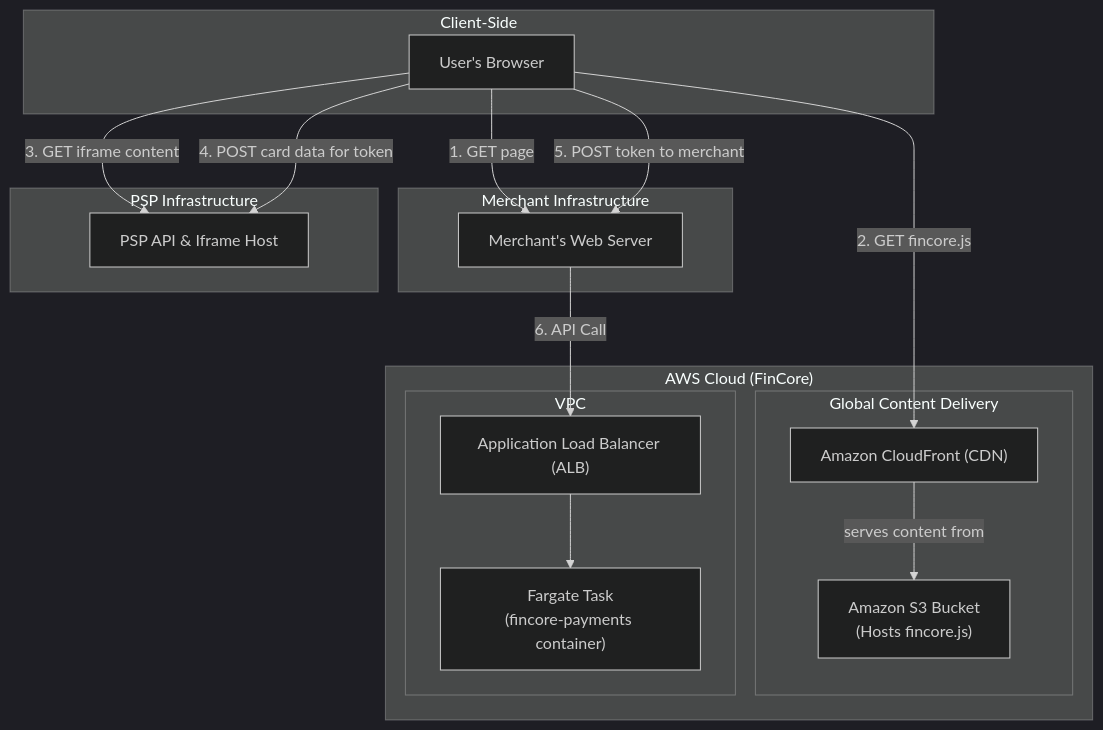
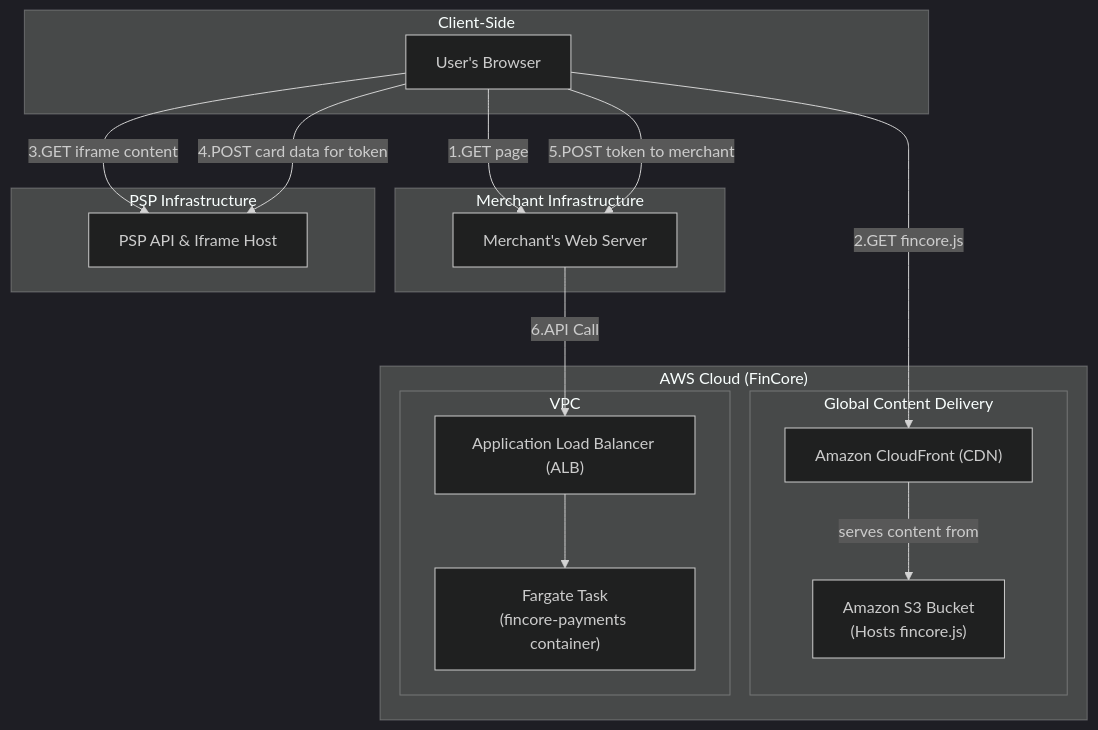
The second of 2 diagrams in docs/milestone03.md (zhu-weijie/fincore-payments), drawn with Mermaid (dark theme) before and after one commit. The commit also changed other lines of this file and 1 other file, not shown here.

````diff
--- a/docs/milestone03.md
+++ b/docs/milestone03.md
@@ -59,35 +59,35 @@
 ```mermaid
 graph TD
     subgraph "Client-Side"
         browser["User's Browser"]
     end
     
     subgraph "AWS Cloud (FinCore)"
         subgraph "Global Content Delivery"
             cdn["Amazon CloudFront (CDN)"]
             s3["Amazon S3 Bucket<br>(Hosts fincore.js)"]
             cdn -- "serves content from" --> s3
         end
 
         subgraph "VPC"
             alb["Application Load Balancer (ALB)"]
             task["Fargate Task<br>(fincore-payments container)"]
             alb --> task
         end
     end
 
     subgraph "Merchant Infrastructure"
         merchant_server["Merchant's Web Server"]
     end
 
     subgraph "PSP Infrastructure"
         psp_api["PSP API & Iframe Host"]
     end
 
-    browser -- "1. GET page" --> merchant_server
-    browser -- "2. GET fincore.js" --> cdn
-    browser -- "3. GET iframe content" --> psp_api
-    browser -- "4. POST card data for token" --> psp_api
-    browser -- "5. POST token to merchant" --> merchant_server
-    merchant_server -- "6. API Call" --> alb
+    browser -- "1.GET page" --> merchant_server
+    browser -- "2.GET fincore.js" --> cdn
+    browser -- "3.GET iframe content" --> psp_api
+    browser -- "4.POST card data for token" --> psp_api
+    browser -- "5.POST token to merchant" --> merchant_server
+    merchant_server -- "6.API Call" --> alb
 ```
````
